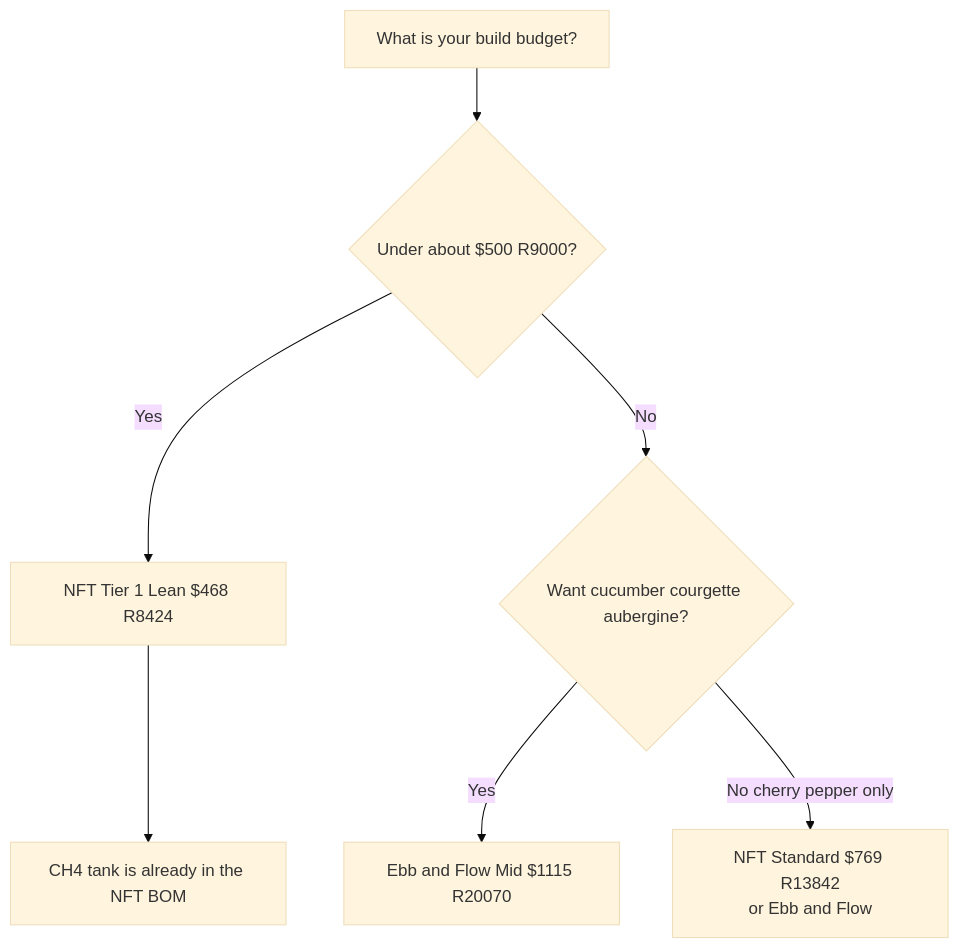
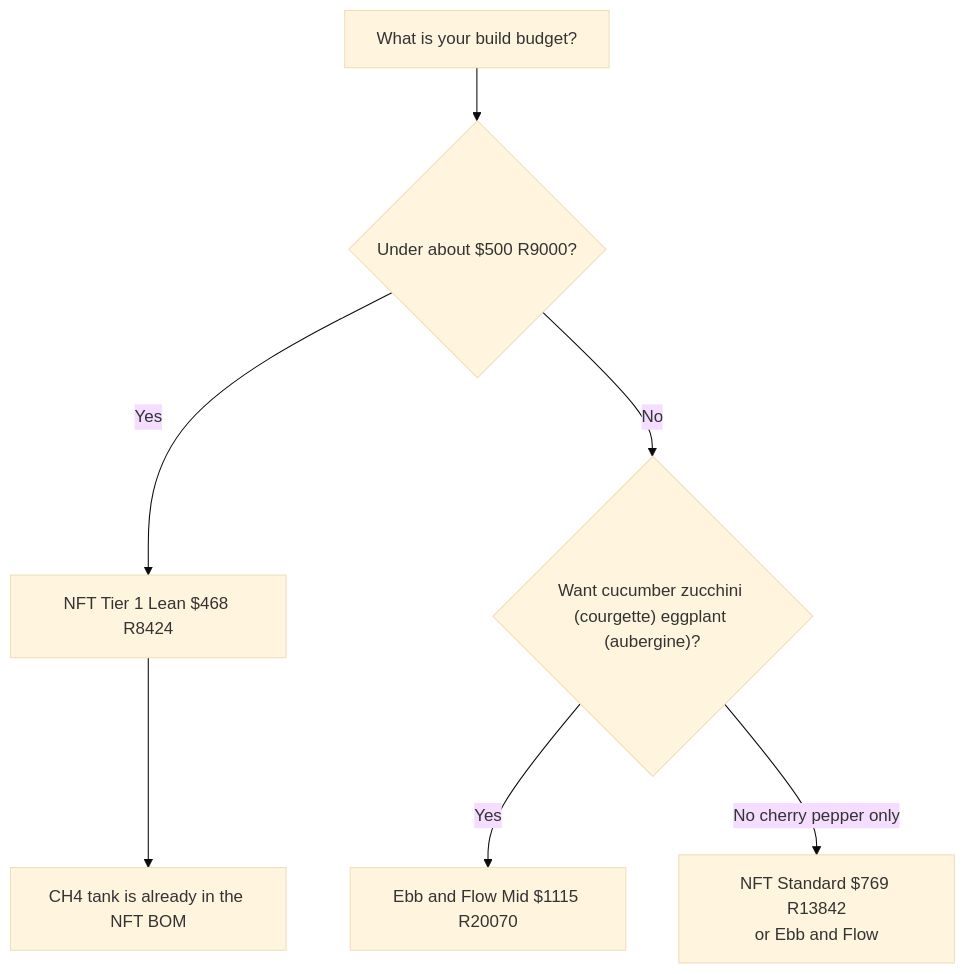
The diagram in guide/compare/04-cost.md (UncleJS/guide_hydroponics), drawn with Mermaid (base theme) before and after one commit. The commit also changed other lines of this file and 35 other files, not shown here.

````diff
--- a/guide/compare/04-cost.md
+++ b/guide/compare/04-cost.md
@@ -241,9 +253,9 @@
 ```mermaid
 flowchart TD
   budget["What is your build budget?"] --> under500{"Under about $500 R9000?"}
   under500 -->|Yes| leafy["NFT Tier 1 Lean $468 R8424"]
-  under500 -->|No| wantFruit{"Want cucumber courgette aubergine?"}
+  under500 -->|No| wantFruit{"Want cucumber zucchini (courgette) eggplant (aubergine)?"}
   wantFruit -->|Yes| ef["Ebb and Flow Mid $1115 R20070"]
   wantFruit -->|No cherry pepper only| nftFruit["NFT Standard $769 R13842<br/>or Ebb and Flow"]
   leafy --> later["CH4 tank is already in the NFT BOM"]
 ```
````
